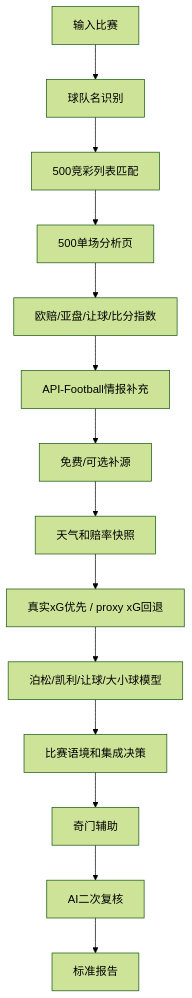
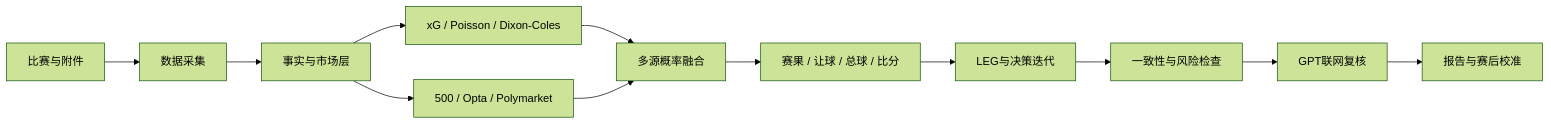
The diagram in README.md (tszming1021/football-analystv2), drawn with Mermaid (forest theme) before and after one commit. The commit also changed other lines of this file, not shown here.

````diff
--- a/README.md
+++ b/README.md
@@ -78,16 +49,14 @@
 ```mermaid
-flowchart TD
-    A["输入比赛"] --> B["球队名识别"]
-    B --> C["500竞彩列表匹配"]
-    C --> D["500单场分析页"]
-    D --> E["欧赔/亚盘/让球/比分指数"]
-    E --> F["API-Football情报补充"]
-    F --> G["免费/可选补源"]
-    G --> H["天气和赔率快照"]
-    H --> I["真实xG优先 / proxy xG回退"]
-    I --> J["泊松/凯利/让球/大小球模型"]
-    J --> K["比赛语境和集成决策"]
-    K --> L["奇门辅助"]
-    L --> M["AI二次复核"]
-    M --> N["标准报告"]
+flowchart LR
+    A["比赛与附件"] --> B["数据采集"]
+    B --> C["事实与市场层"]
+    C --> D["xG / Poisson / Dixon-Coles"]
+    C --> E["500 / Opta / Polymarket"]
+    D --> F["多源概率融合"]
+    E --> F
+    F --> G["赛果 / 让球 / 总球 / 比分"]
+    G --> H["LEG与决策迭代"]
+    H --> I["一致性与风险检查"]
+    I --> J["GPT联网复核"]
+    J --> K["报告与赛后校准"]
 ```
````
